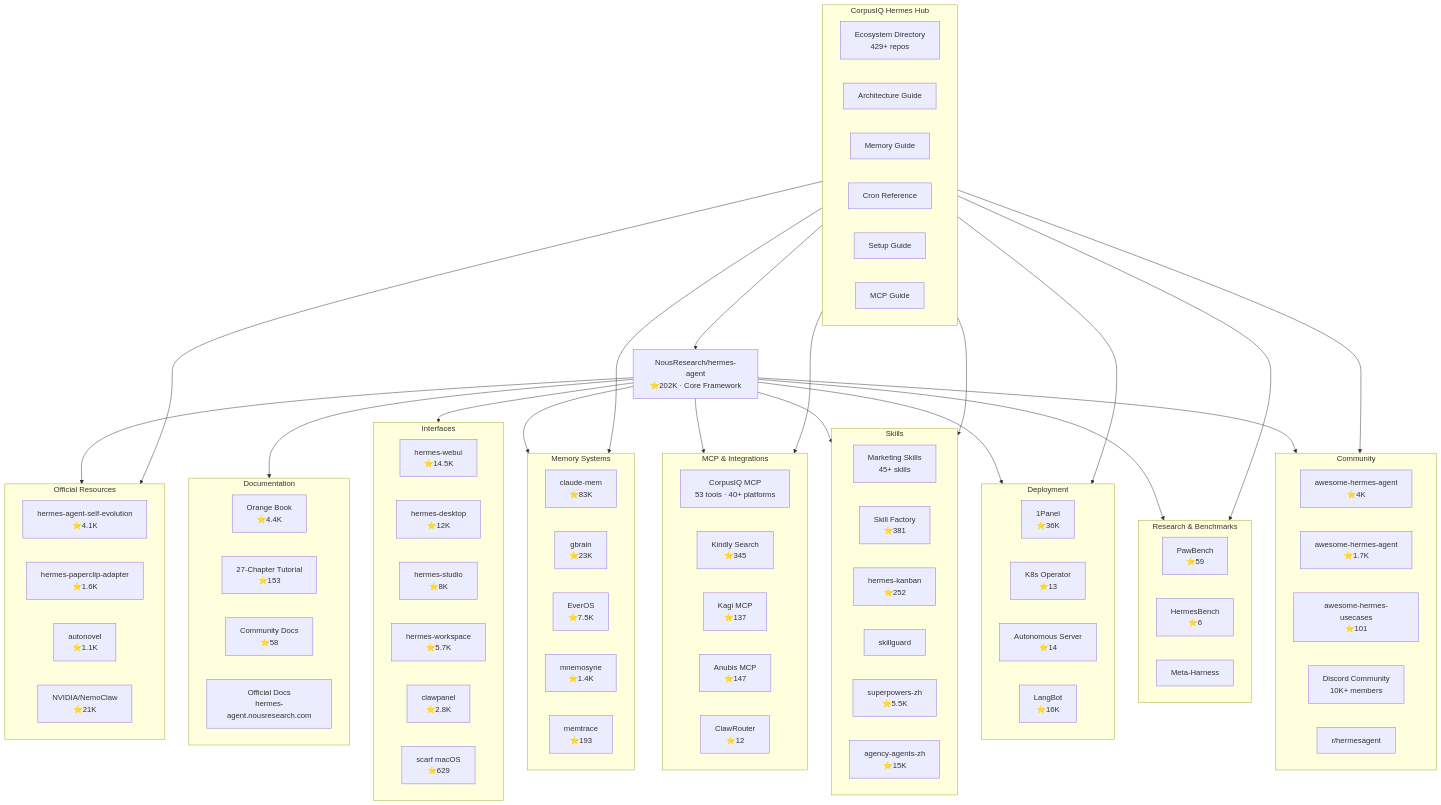
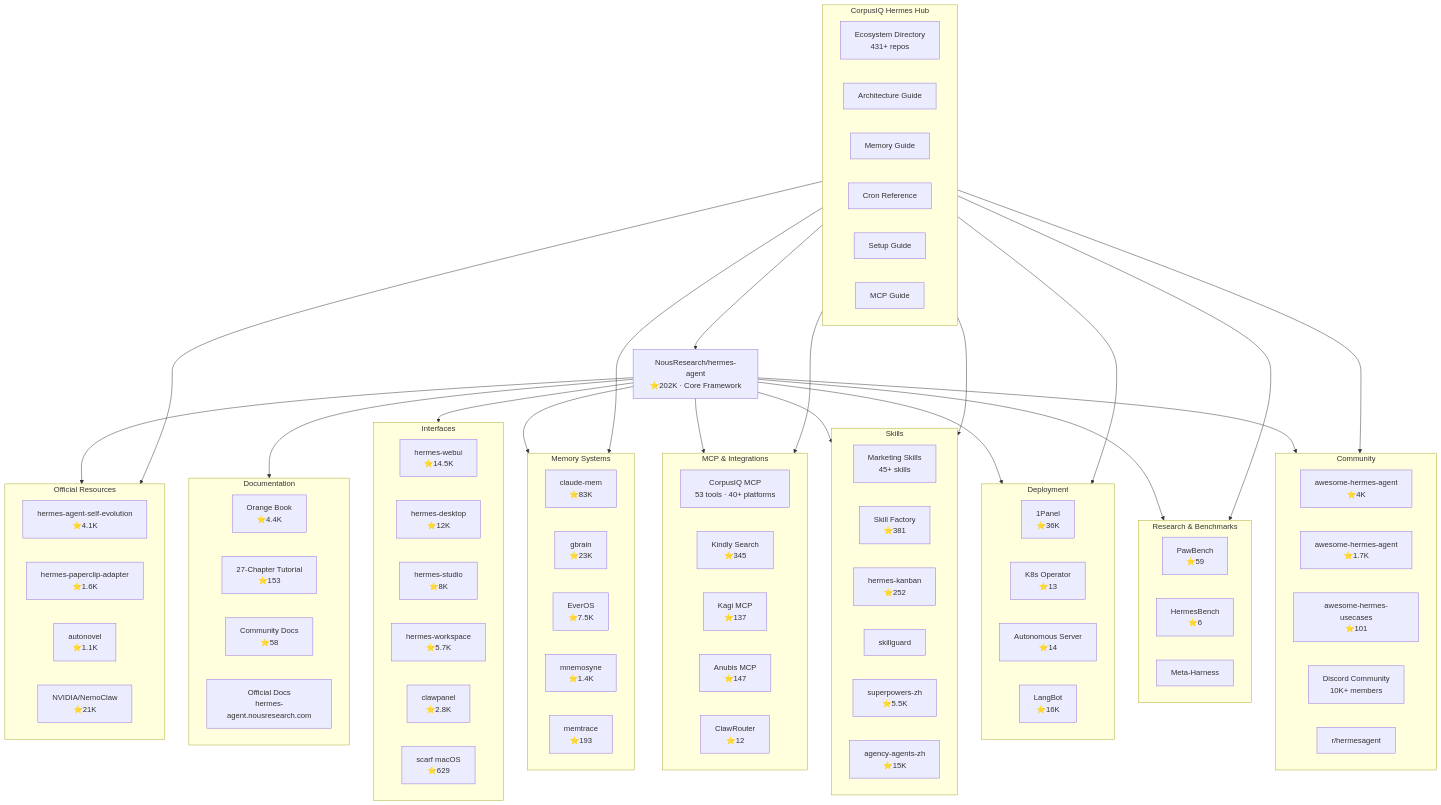
One commit to CorpusIQ/corpusiq-docs changed the first of 4 diagrams in hermes/ecosystem-map.md. Above: the diagram before and after it, drawn with Mermaid. The commit also changed other lines of this file and 6 other files, not shown here.

```diff
--- a/hermes/ecosystem-map.md
+++ b/hermes/ecosystem-map.md
@@ -88,7 +88,7 @@
     end
 
     subgraph CORPUSIQ_HUB[CorpusIQ Hermes Hub]
-        ECOSYSTEM[Ecosystem Directory<br/>429+ repos]
+        ECOSYSTEM[Ecosystem Directory<br/>431+ repos]
         ARCHITECTURE[Architecture Guide]
         KNOWLEDGE[Memory Guide]
         CRONS[Cron Reference]
```
